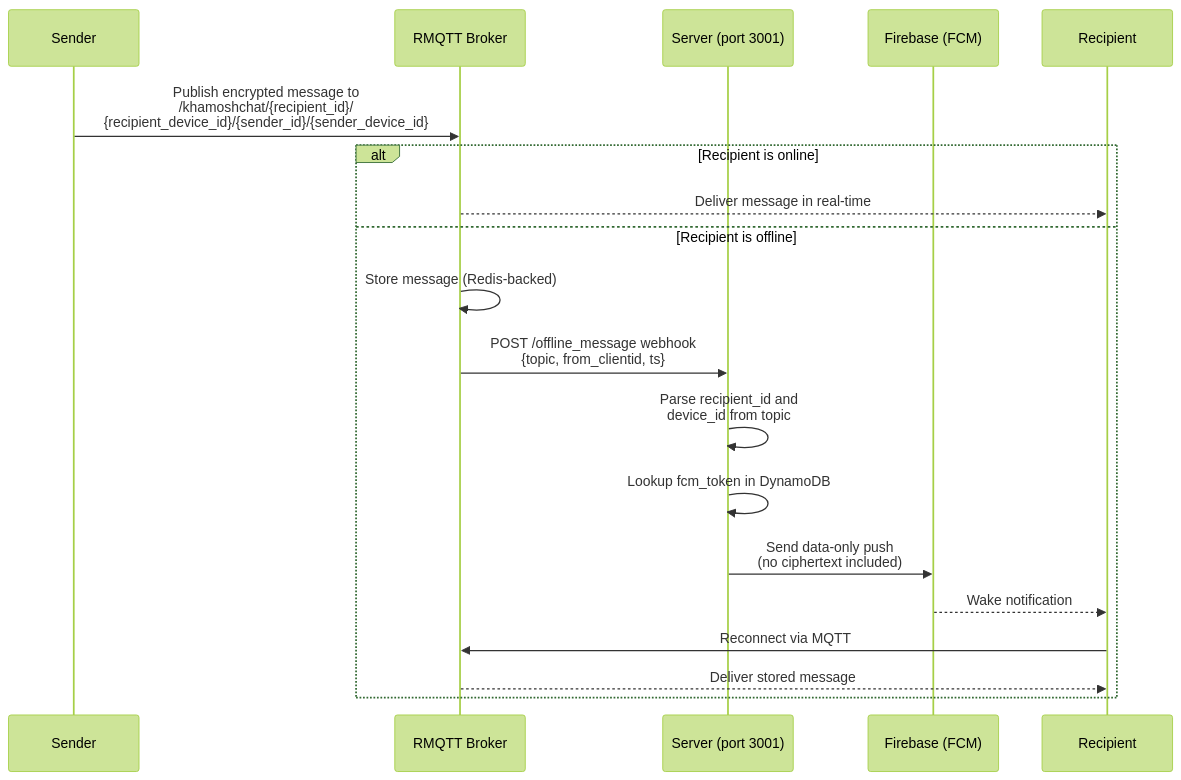
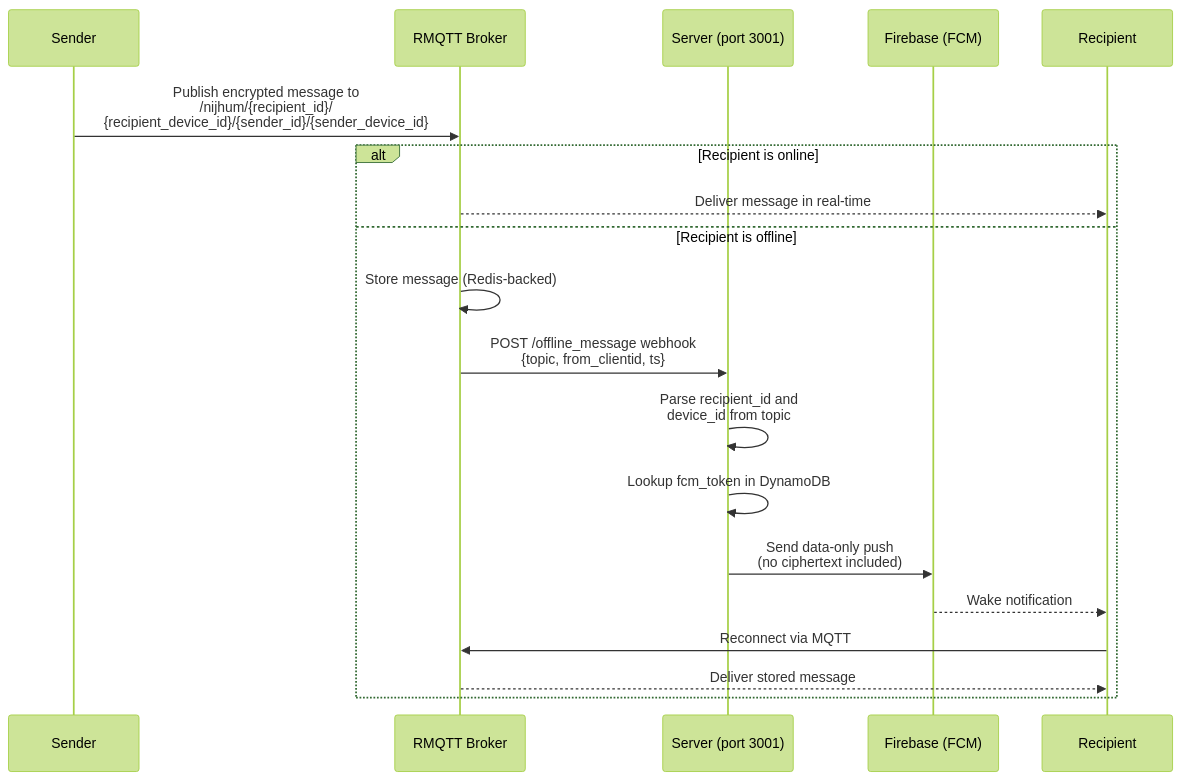
The seventh of 7 diagrams in docs/cryptographic_flows.md (debarkamondal/khamoshchat-api), drawn with Mermaid (forest theme) before and after one commit. The commit also changed 10 other files, not shown here.

````diff
--- a/docs/cryptographic_flows.md
+++ b/docs/cryptographic_flows.md
@@ -298,23 +298,23 @@
 ```mermaid
 sequenceDiagram
     participant A as Sender
     participant M as RMQTT Broker
     participant S as Server (port 3001)
     participant F as Firebase (FCM)
     participant B as Recipient
 
-    A->>M: Publish encrypted message to<br/>/khamoshchat/{recipient_id}/<br/>{recipient_device_id}/{sender_id}/{sender_device_id}
+    A->>M: Publish encrypted message to<br/>/nijhum/{recipient_id}/<br/>{recipient_device_id}/{sender_id}/{sender_device_id}
 
     alt Recipient is online
         M-->>B: Deliver message in real-time
     else Recipient is offline
         M->>M: Store message (Redis-backed)
         M->>S: POST /offline_message webhook<br/>{topic, from_clientid, ts}
         S->>S: Parse recipient_id and<br/>device_id from topic
         S->>S: Lookup fcm_token in DynamoDB
         S->>F: Send data-only push<br/>(no ciphertext included)
         F-->>B: Wake notification
         B->>M: Reconnect via MQTT
         M-->>B: Deliver stored message
     end
 ```
````
